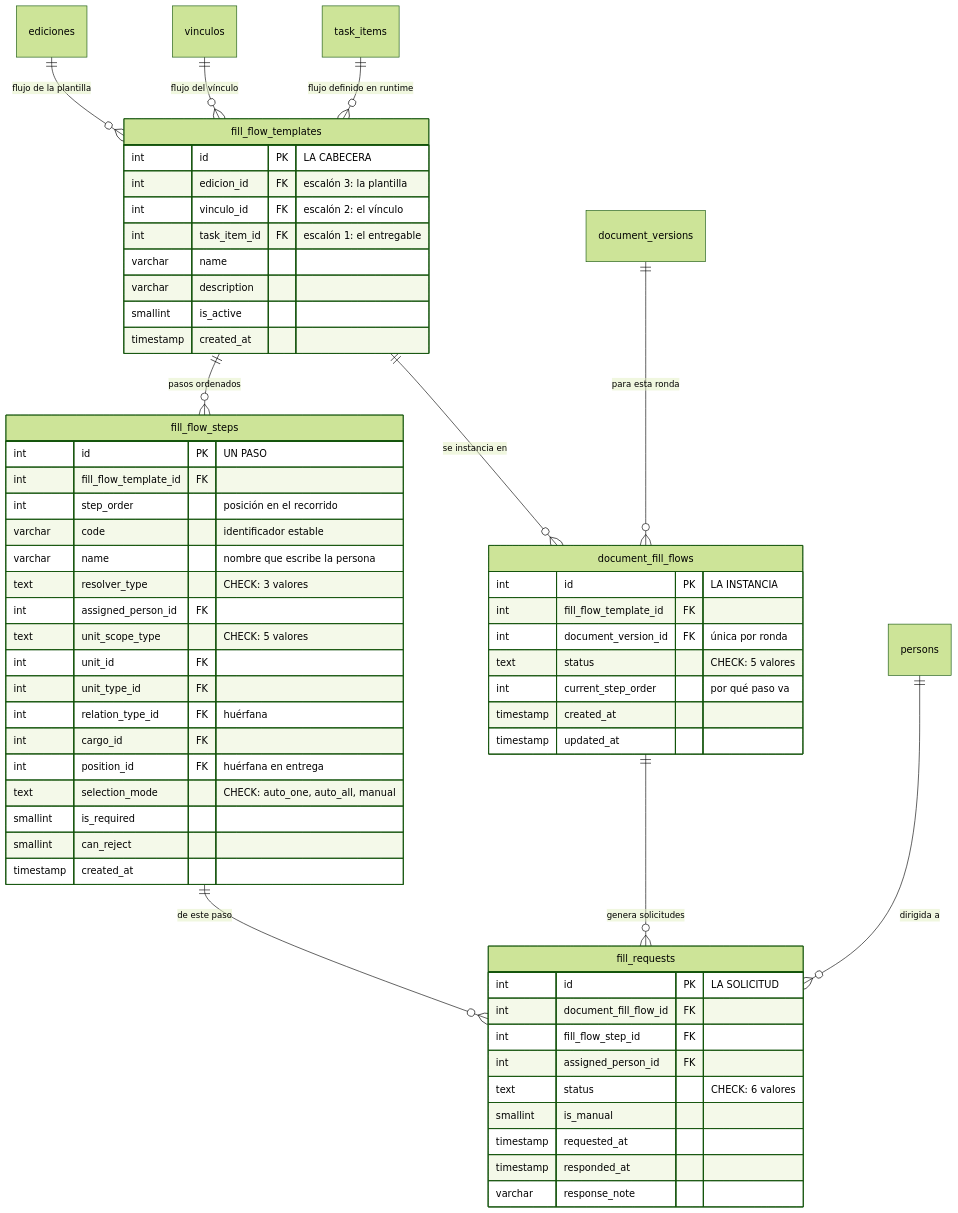
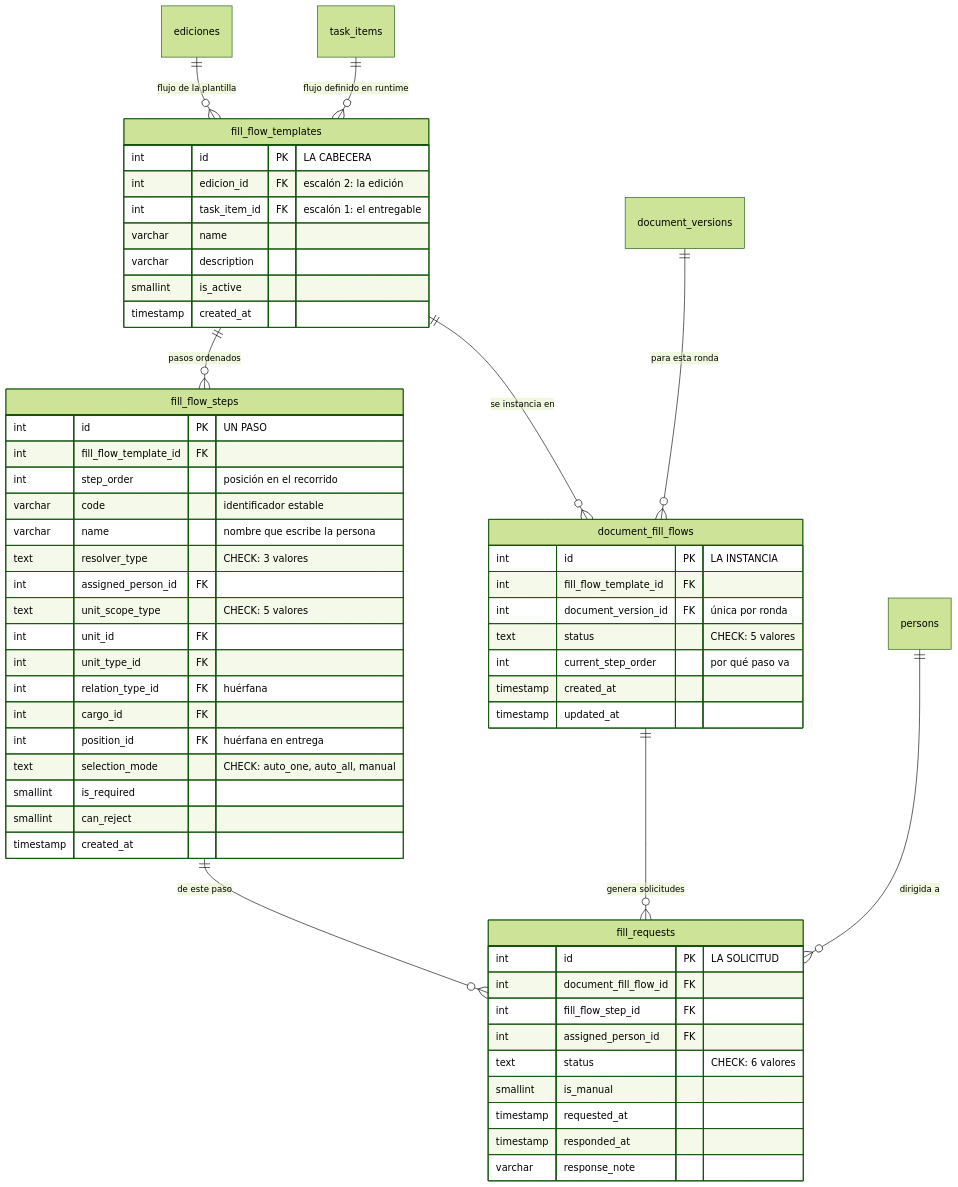
One commit to fresvel/deasy changed the diagram in docs/src/content/docs/modelo/flujo-de-entrega.md. Above: the diagram before and after it, drawn with Mermaid (forest theme). The commit also changed other lines of this file and 41 other files, not shown here.

````diff
--- a/docs/src/content/docs/modelo/flujo-de-entrega.md
+++ b/docs/src/content/docs/modelo/flujo-de-entrega.md
@@ -95,62 +107,60 @@
 ```mermaid
 erDiagram
   ediciones ||--o{ fill_flow_templates : "flujo de la plantilla"
-  vinculos ||--o{ fill_flow_templates : "flujo del vínculo"
   task_items ||--o{ fill_flow_templates : "flujo definido en runtime"
   fill_flow_templates ||--o{ fill_flow_steps : "pasos ordenados"
   fill_flow_templates ||--o{ document_fill_flows : "se instancia en"
   document_versions ||--o{ document_fill_flows : "para esta ronda"
   document_fill_flows ||--o{ fill_requests : "genera solicitudes"
   fill_flow_steps ||--o{ fill_requests : "de este paso"
   persons ||--o{ fill_requests : "dirigida a"
 
   fill_flow_templates {
     int id PK "LA CABECERA"
-    int edicion_id FK "escalón 3: la plantilla"
-    int vinculo_id FK "escalón 2: el vínculo"
+    int edicion_id FK "escalón 2: la edición"
     int task_item_id FK "escalón 1: el entregable"
     varchar name
     varchar description
     smallint is_active
     timestamp created_at
   }
   fill_flow_steps {
     int id PK "UN PASO"
     int fill_flow_template_id FK
     int step_order "posición en el recorrido"
     varchar code "identificador estable"
     varchar name "nombre que escribe la persona"
     text resolver_type "CHECK: 3 valores"
     int assigned_person_id FK
     text unit_scope_type "CHECK: 5 valores"
     int unit_id FK
     int unit_type_id FK
     int relation_type_id FK "huérfana"
     int cargo_id FK
     int position_id FK "huérfana en entrega"
     text selection_mode "CHECK: auto_one, auto_all, manual"
     smallint is_required
     smallint can_reject
     timestamp created_at
   }
   document_fill_flows {
     int id PK "LA INSTANCIA"
     int fill_flow_template_id FK
     int document_version_id FK "única por ronda"
     text status "CHECK: 5 valores"
     int current_step_order "por qué paso va"
     timestamp created_at
     timestamp updated_at
   }
   fill_requests {
     int id PK "LA SOLICITUD"
     int document_fill_flow_id FK
     int fill_flow_step_id FK
     int assigned_person_id FK
     text status "CHECK: 6 valores"
     smallint is_manual
     timestamp requested_at
     timestamp responded_at
     varchar response_note
   }
 ```
````
